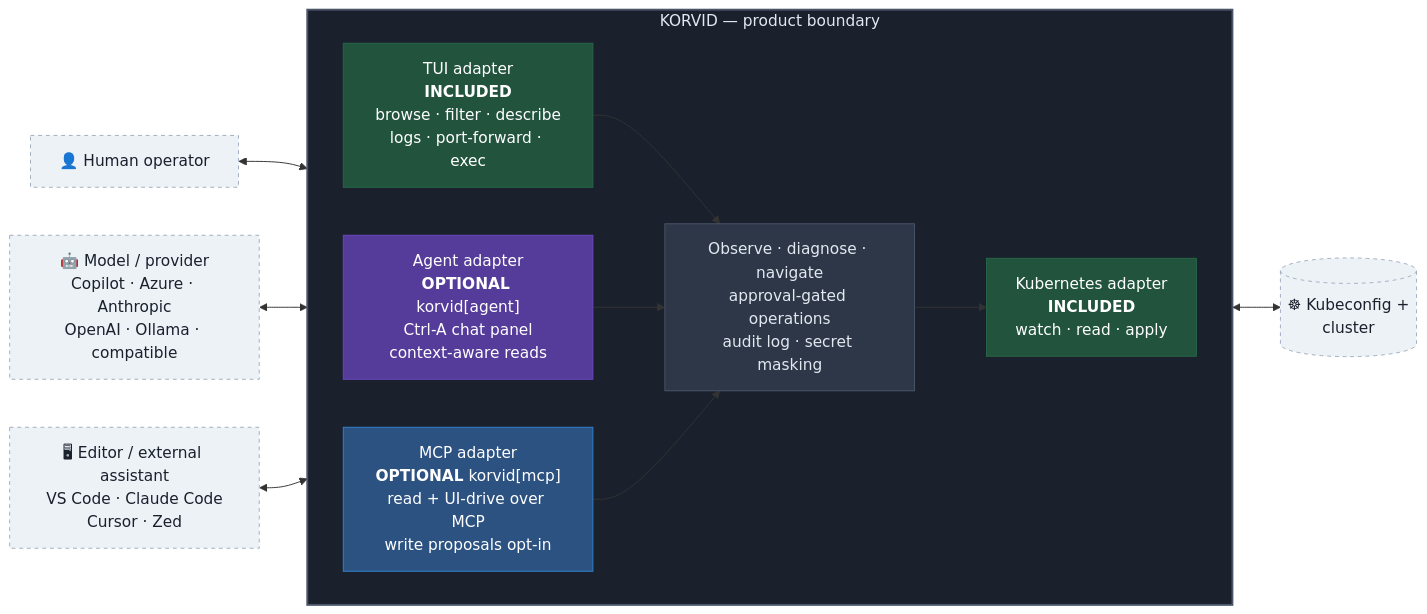
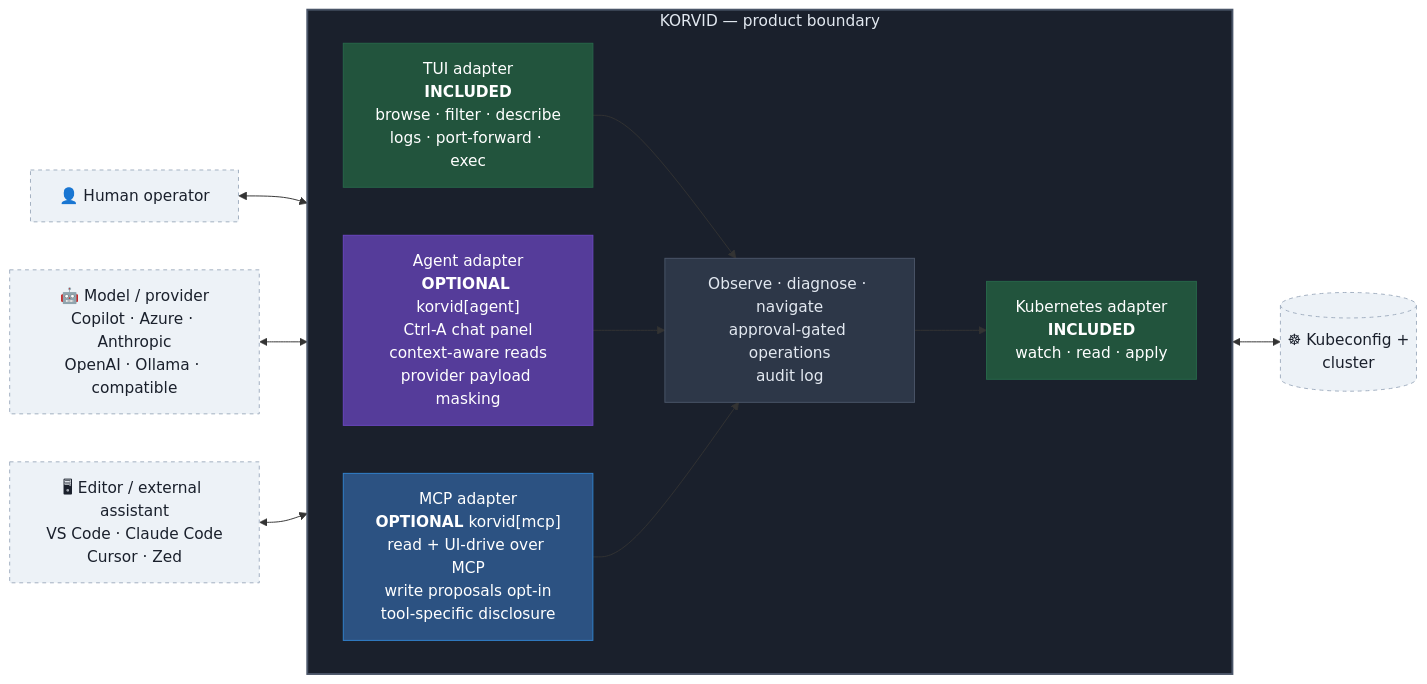
The first of 2 diagrams in docs/overview.md (hellices/korvid), drawn with Mermaid before and after one commit. The commit also changed other lines of this file and 64 other files, not shown here.

````diff
--- a/docs/overview.md
+++ b/docs/overview.md
@@ -16,37 +15,37 @@
 ```mermaid
 flowchart LR
     HUMAN["👤 Human operator"]
     MODEL["🤖 Model / provider<br/>Copilot · Azure · Anthropic<br/>OpenAI · Ollama · compatible"]
     CLIENT["🖥 Editor / external assistant<br/>VS Code · Claude Code<br/>Cursor · Zed"]
     CLUSTER[("☸ Kubeconfig +<br/>cluster")]
 
     subgraph KORVID["KORVID — product boundary"]
         direction LR
         TUI["TUI adapter<br/><b>INCLUDED</b><br/>browse · filter · describe<br/>logs · port-forward · exec"]
-        AGENT["Agent adapter<br/><b>OPTIONAL</b> korvid[agent]<br/>Ctrl-A chat panel<br/>context-aware reads"]
-        CORE["Observe · diagnose · navigate<br/>approval-gated operations<br/>audit log · secret masking"]
-        MCP["MCP adapter<br/><b>OPTIONAL</b> korvid[mcp]<br/>read + UI-drive over MCP<br/>write proposals opt-in"]
+        AGENT["Agent adapter<br/><b>OPTIONAL</b> korvid[agent]<br/>Ctrl-A chat panel<br/>context-aware reads<br/>provider payload masking"]
+        CORE["Observe · diagnose · navigate<br/>approval-gated operations<br/>audit log"]
+        MCP["MCP adapter<br/><b>OPTIONAL</b> korvid[mcp]<br/>read + UI-drive over MCP<br/>write proposals opt-in<br/>tool-specific disclosure"]
         K8S["Kubernetes adapter<br/><b>INCLUDED</b><br/>watch · read · apply"]
 
         TUI --> CORE
         AGENT --> CORE
         MCP --> CORE
         CORE --> K8S
     end
 
     HUMAN <--> TUI
     MODEL <--> AGENT
     CLIENT <--> MCP
     K8S <--> CLUSTER
 
     style KORVID fill:#1a202c,color:#e2e8f0,stroke:#4a5568,stroke-width:2px
     style CORE fill:#2d3748,color:#e2e8f0,stroke:#4a5568
     style TUI fill:#22543d,color:#fff,stroke:#276749
     style K8S fill:#22543d,color:#fff,stroke:#276749
     style AGENT fill:#553c9a,color:#fff,stroke:#6b46c1
     style MCP fill:#2c5282,color:#fff,stroke:#3182ce
     style HUMAN fill:#edf2f7,color:#1a202c,stroke:#a0aec0,stroke-dasharray: 4 4
     style MODEL fill:#edf2f7,color:#1a202c,stroke:#a0aec0,stroke-dasharray: 4 4
     style CLIENT fill:#edf2f7,color:#1a202c,stroke:#a0aec0,stroke-dasharray: 4 4
     style CLUSTER fill:#edf2f7,color:#1a202c,stroke:#a0aec0,stroke-dasharray: 4 4
 ```
````
